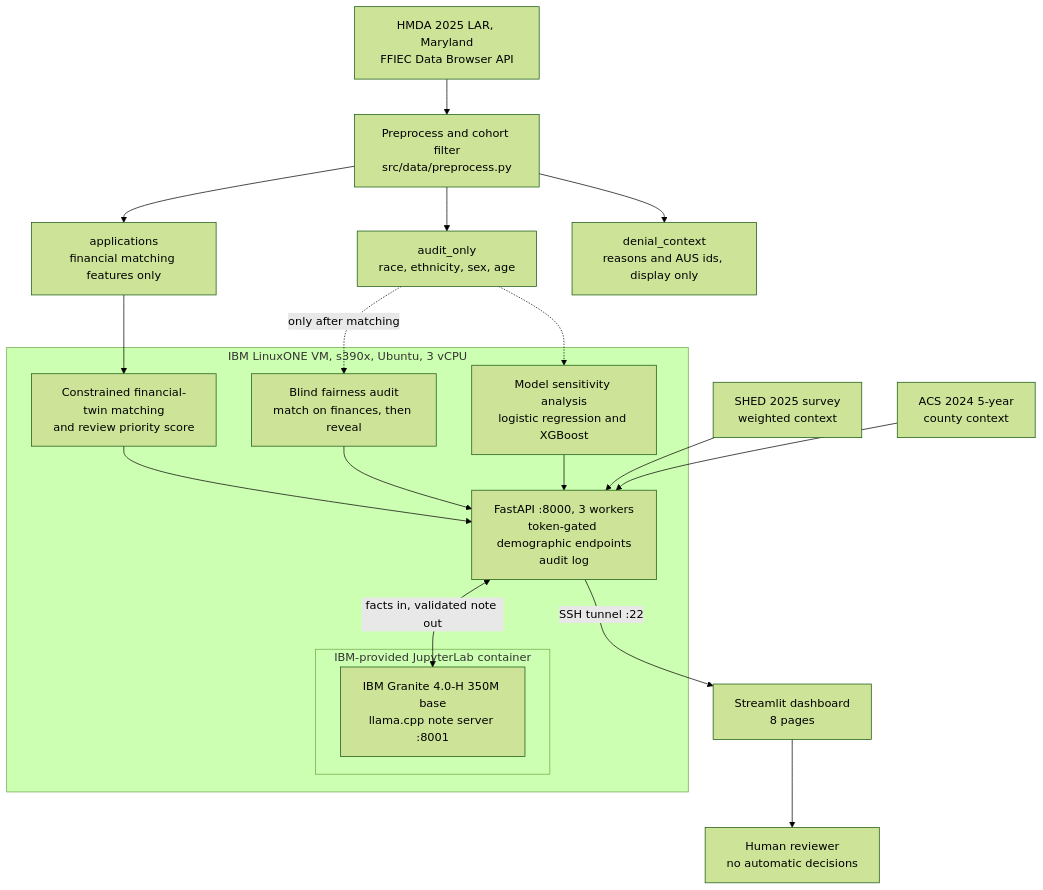
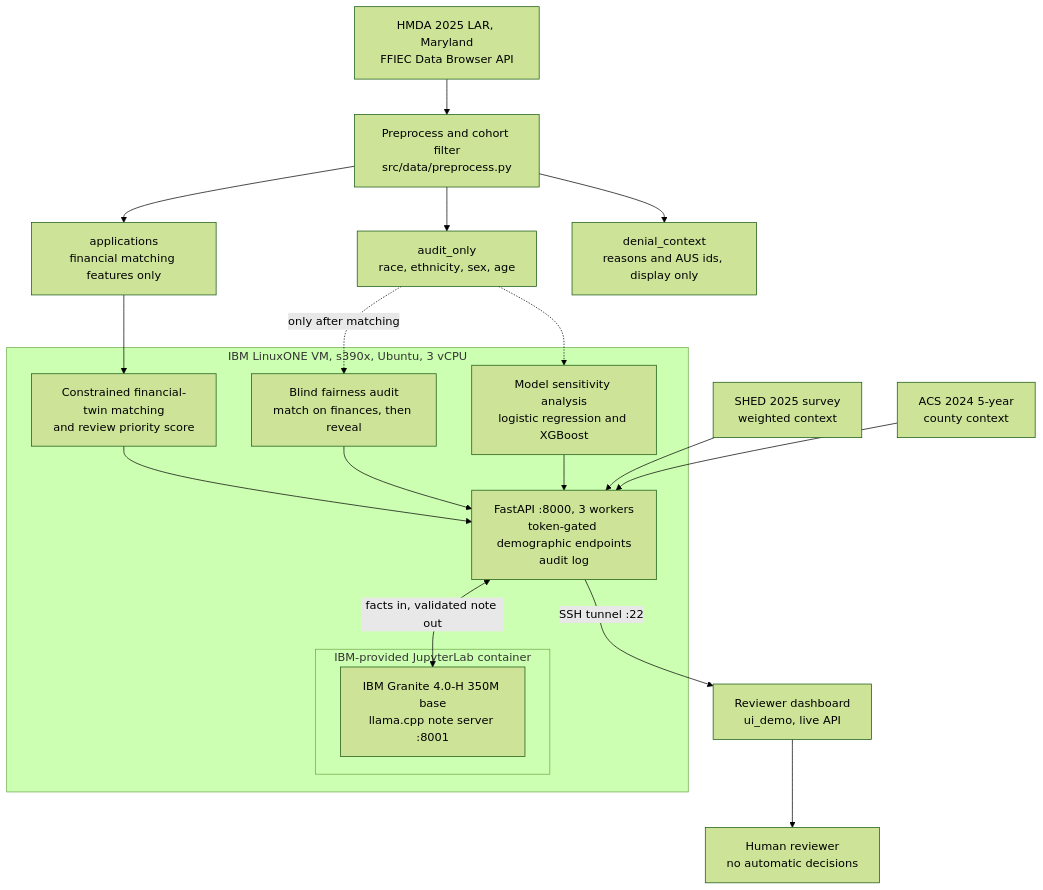
The first of 2 diagrams in docs/architecture.md (shreyvivek/WISE_Datathon), drawn with Mermaid (forest theme) before and after one commit. The commit also changed other lines of this file and 24 other files, not shown here.

Commit message:
Make the reviewer dashboard the only dashboard; remove Streamlit and demo-process files

````diff
--- a/docs/architecture.md
+++ b/docs/architecture.md
@@ -3,29 +3,29 @@
 ```mermaid
 flowchart TD
     A["HMDA 2025 LAR, Maryland<br/>FFIEC Data Browser API"] --> B["Preprocess and cohort filter<br/>src/data/preprocess.py"]
     B --> C1["applications<br/>financial matching features only"]
     B --> C2["audit_only<br/>race, ethnicity, sex, age"]
     B --> C3["denial_context<br/>reasons and AUS ids, display only"]
     C1 --> M
 
     subgraph LNX["IBM LinuxONE VM, s390x, Ubuntu, 3 vCPU"]
       M["Constrained financial-twin matching<br/>and review priority score"]
       F["Blind fairness audit<br/>match on finances, then reveal"]
       S["Model sensitivity analysis<br/>logistic regression and XGBoost"]
       API["FastAPI :8000, 3 workers<br/>token-gated demographic endpoints<br/>audit log"]
       subgraph CT["IBM-provided JupyterLab container"]
         G["IBM Granite 4.0-H 350M base<br/>llama.cpp note server :8001"]
       end
       M --> API
       F --> API
       S --> API
       API <-->|"facts in, validated note out"| G
     end
     C2 -. "only after matching" .-> F
     C2 -.-> S
 
     X["SHED 2025 survey<br/>weighted context"] --> API
     Y["ACS 2024 5-year<br/>county context"] --> API
-    API -->|"SSH tunnel :22"| UI["Streamlit dashboard<br/>8 pages"]
+    API -->|"SSH tunnel :22"| UI["Reviewer dashboard<br/>ui_demo, live API"]
     UI --> R["Human reviewer<br/>no automatic decisions"]
 ```
````
